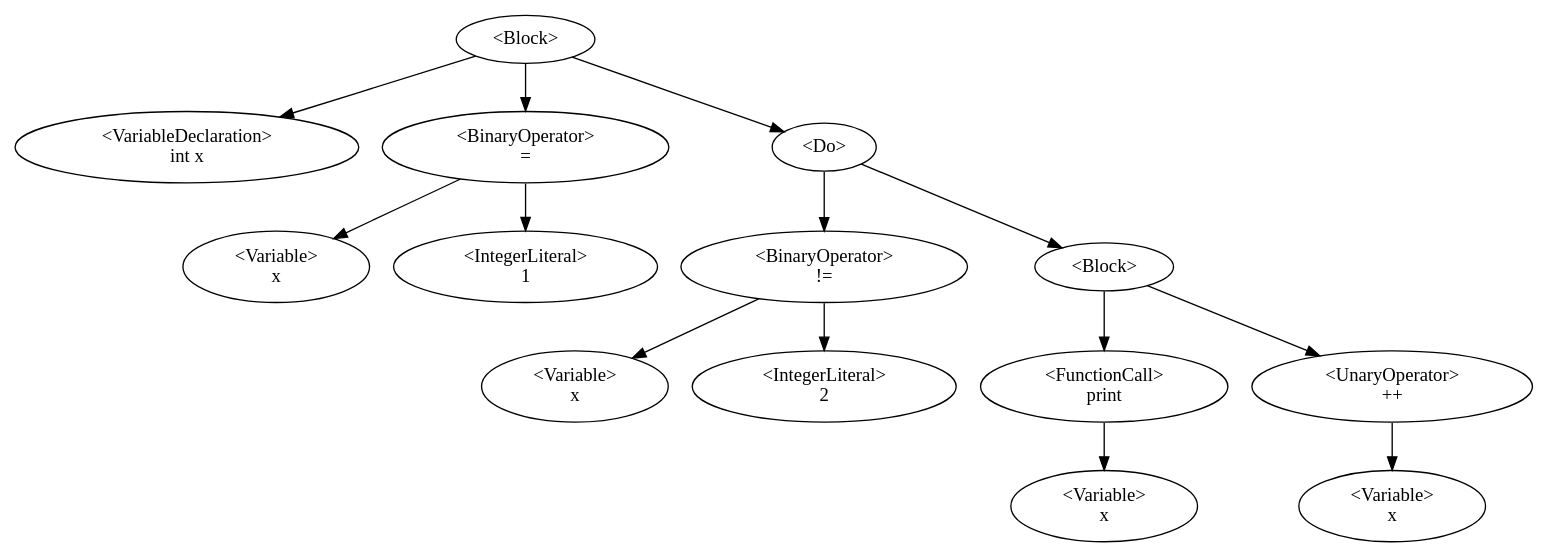
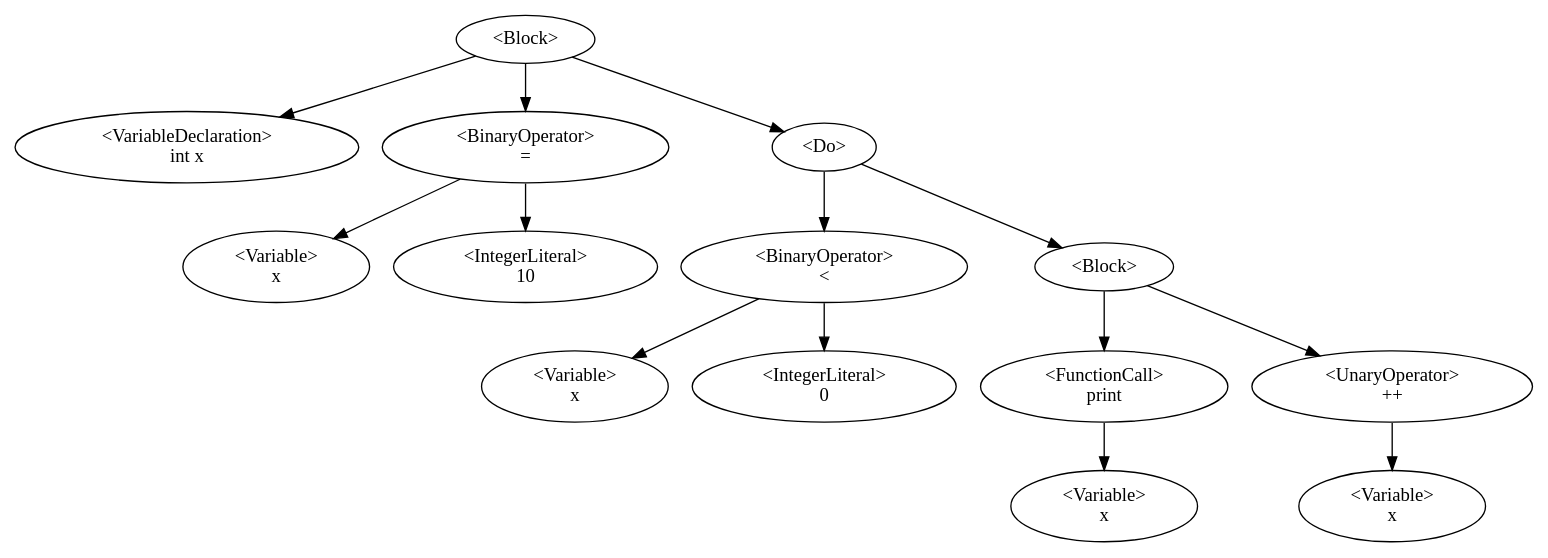
The diagram in Dino/Dino/AstDisplay.gv (QazmoQwerty/dino), drawn with Graphviz before and after one commit. The commit also changed 3 other files, not shown here.

```diff
--- a/Dino/Dino/AstDisplay.gv
+++ b/Dino/Dino/AstDisplay.gv
@@ -1,16 +1,16 @@
 digraph G {
 0 [label="<Block>"];0->1;0->3;0->5;
 1 [label="<VariableDeclaration>\nint x"];
 3 [label="<BinaryOperator>\n="];3->2;3->4;
 2 [label="<Variable>\nx"];
-4 [label="<IntegerLiteral>\n1"];
+4 [label="<IntegerLiteral>\n10"];
 5 [label="<Do>"];5->13;5->6;
-13 [label="<BinaryOperator>\n!="];13->12;13->14;
+13 [label="<BinaryOperator>\n<"];13->12;13->14;
 12 [label="<Variable>\nx"];
-14 [label="<IntegerLiteral>\n2"];
+14 [label="<IntegerLiteral>\n0"];
 6 [label="<Block>"];6->8;6->10;
 8 [label="<FunctionCall>\nprint"];8->9;
 9 [label="<Variable>\nx"];
 10 [label="<UnaryOperator>\n++"];10->11;
 11 [label="<Variable>\nx"];
 }
```
